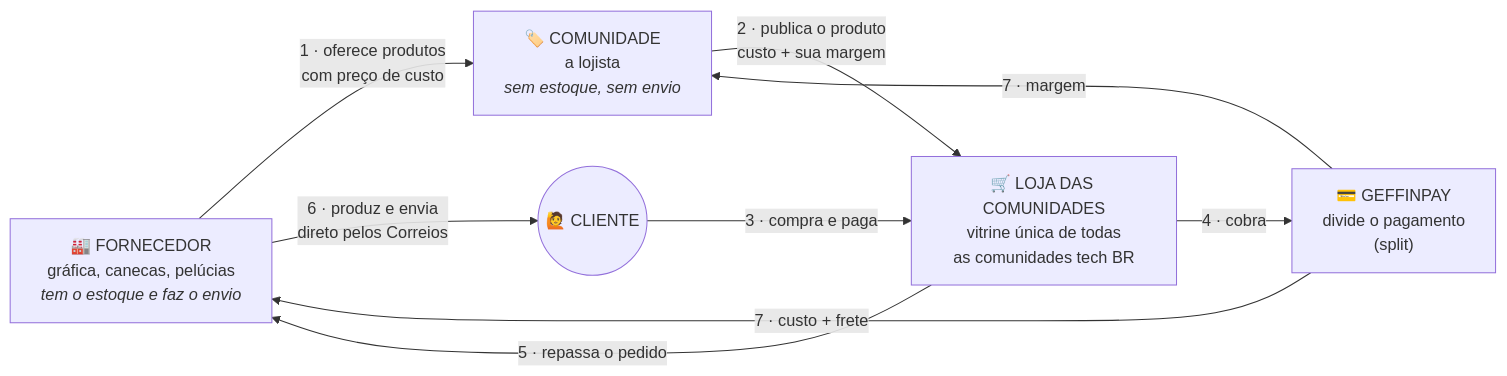
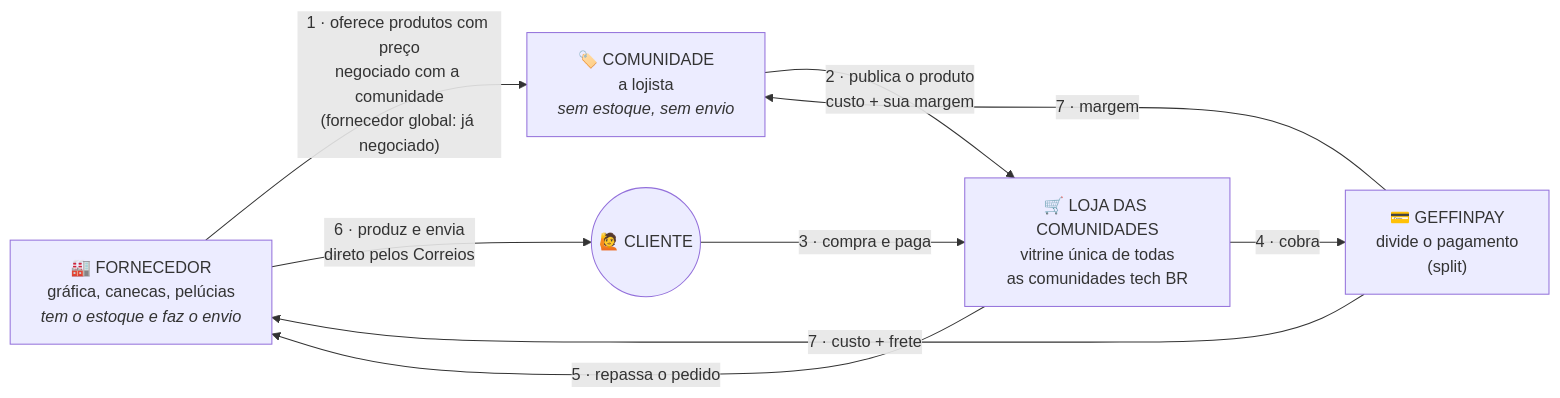
Before and after one commit to BdsOliveira/loja-tech-brasil: the first of 29 diagrams in modelo-de-negocios.md, drawn with Mermaid. The commit also changed other lines of this file, not shown here.

Commit message:
docs: fornecedor oferece preço negociado com a comunidade

````diff
--- a/modelo-de-negocios.md
+++ b/modelo-de-negocios.md
@@ -27,17 +27,17 @@
 ```mermaid
 flowchart LR
     FOR["🏭 FORNECEDOR<br/>gráfica, canecas, pelúcias<br/><i>tem o estoque e faz o envio</i>"]
     COM["🏷️ COMUNIDADE<br/>a lojista<br/><i>sem estoque, sem envio</i>"]
     LOJA["🛒 LOJA DAS COMUNIDADES<br/>vitrine única de todas<br/>as comunidades tech BR"]
     CLI(("🙋 CLIENTE"))
     GEF["💳 GEFFINPAY<br/>divide o pagamento<br/>(split)"]
 
-    FOR -- "1 · oferece produtos<br/>com preço de custo" --> COM
+    FOR -- "1 · oferece produtos com preço<br/>negociado com a comunidade<br/>(fornecedor global: já negociado)" --> COM
     COM -- "2 · publica o produto<br/>custo + sua margem" --> LOJA
     CLI -- "3 · compra e paga" --> LOJA
     LOJA -- "4 · cobra" --> GEF
     LOJA -- "5 · repassa o pedido" --> FOR
     FOR -- "6 · produz e envia<br/>direto pelos Correios" --> CLI
     GEF -- "7 · custo + frete" --> FOR
     GEF -- "7 · margem" --> COM
 ```
````
